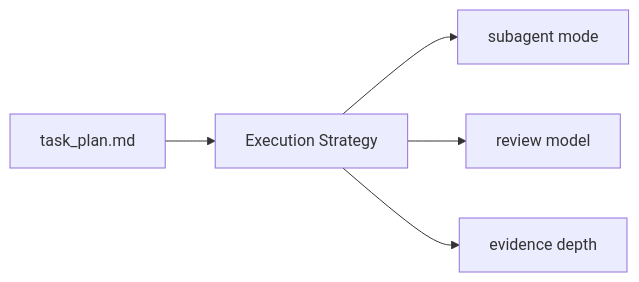
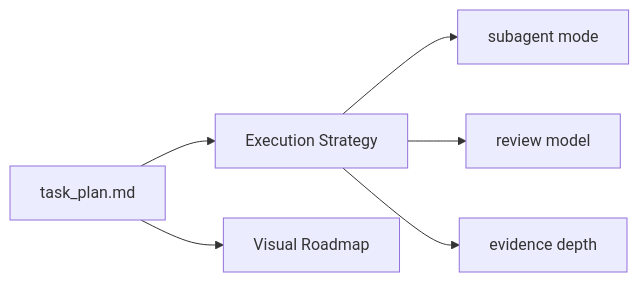
The tenth of 12 diagrams in docs-release/release/v1.0-visual-roadmap-cn.md (FairladyZ625/coding-agent-harness), drawn with Mermaid before and after one commit. The commit also changed other lines of this file, not shown here.

Commit message:
document visual roadmap dashboard design

````diff
--- a/docs-release/release/v1.0-visual-roadmap-cn.md
+++ b/docs-release/release/v1.0-visual-roadmap-cn.md
@@ -175,13 +233,15 @@
 ```mermaid
 flowchart LR
   Task["task_plan.md"]
   Strategy["Execution Strategy"]
+  Roadmap["Visual Roadmap"]
   Subagents["subagent mode"]
   Review["review model"]
   Evidence["evidence depth"]
 
   Task --> Strategy
+  Task --> Roadmap
   Strategy --> Subagents
   Strategy --> Review
   Strategy --> Evidence
 ```
````
